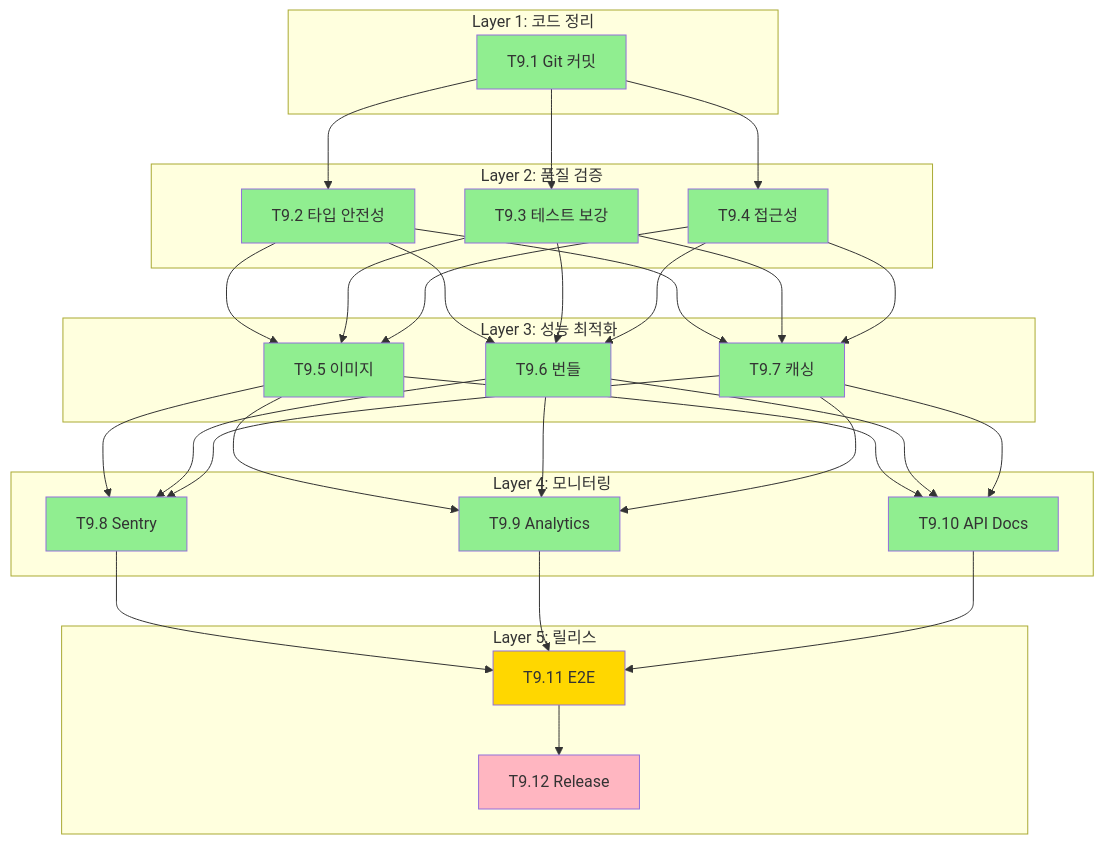
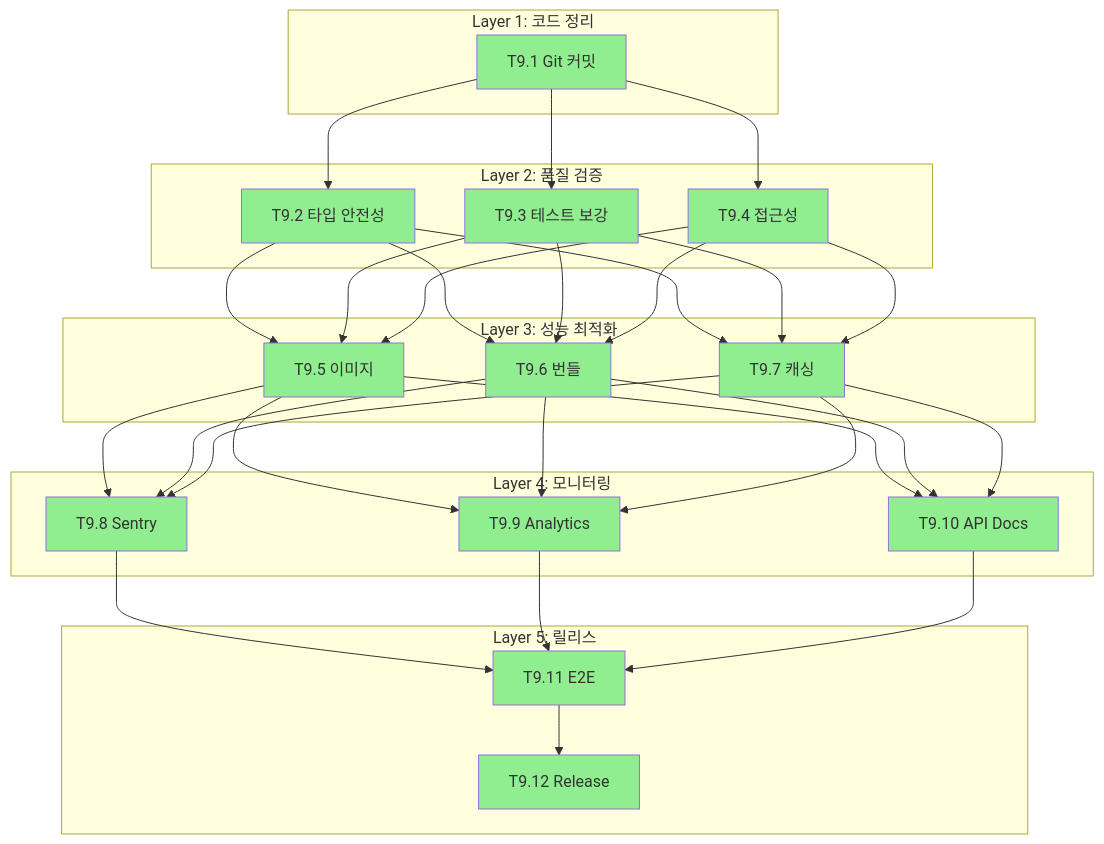
One commit to tjwns3481/stay-guide changed the third of 3 diagrams in docs/planning/06-tasks.md. Above: the diagram before and after it, drawn with Mermaid. The commit also changed other lines of this file and 1 other file, not shown here.

````diff
--- a/docs/planning/06-tasks.md
+++ b/docs/planning/06-tasks.md
@@ -1595,76 +1605,76 @@
 ```mermaid
 flowchart TD
     subgraph L1[Layer 1: 코드 정리]
         T9.1[T9.1 Git 커밋]
     end
 
     subgraph L2[Layer 2: 품질 검증]
         T9.2[T9.2 타입 안전성]
         T9.3[T9.3 테스트 보강]
         T9.4[T9.4 접근성]
     end
 
     subgraph L3[Layer 3: 성능 최적화]
         T9.5[T9.5 이미지]
         T9.6[T9.6 번들]
         T9.7[T9.7 캐싱]
     end
 
     subgraph L4[Layer 4: 모니터링]
         T9.8[T9.8 Sentry]
         T9.9[T9.9 Analytics]
         T9.10[T9.10 API Docs]
     end
 
     subgraph L5[Layer 5: 릴리스]
         T9.11[T9.11 E2E]
         T9.12[T9.12 Release]
     end
 
     T9.1 --> T9.2
     T9.1 --> T9.3
     T9.1 --> T9.4
 
     T9.2 --> T9.5
     T9.3 --> T9.5
     T9.4 --> T9.5
 
     T9.2 --> T9.6
     T9.3 --> T9.6
     T9.4 --> T9.6
 
     T9.2 --> T9.7
     T9.3 --> T9.7
     T9.4 --> T9.7
 
     T9.5 --> T9.8
     T9.6 --> T9.8
     T9.7 --> T9.8
 
     T9.5 --> T9.9
     T9.6 --> T9.9
     T9.7 --> T9.9
 
     T9.5 --> T9.10
     T9.6 --> T9.10
     T9.7 --> T9.10
 
     T9.8 --> T9.11
     T9.9 --> T9.11
     T9.10 --> T9.11
 
     T9.11 --> T9.12
 
     style T9.1 fill:#90EE90
     style T9.2 fill:#90EE90
     style T9.3 fill:#90EE90
     style T9.4 fill:#90EE90
     style T9.5 fill:#90EE90
     style T9.6 fill:#90EE90
     style T9.7 fill:#90EE90
     style T9.8 fill:#90EE90
     style T9.9 fill:#90EE90
     style T9.10 fill:#90EE90
-    style T9.11 fill:#FFD700
-    style T9.12 fill:#FFB6C1
+    style T9.11 fill:#90EE90
+    style T9.12 fill:#90EE90
 ```
````
